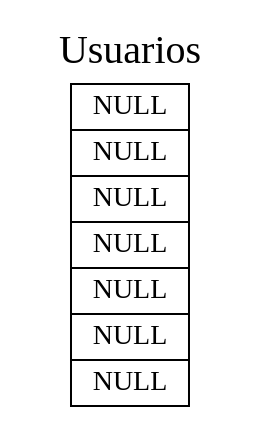
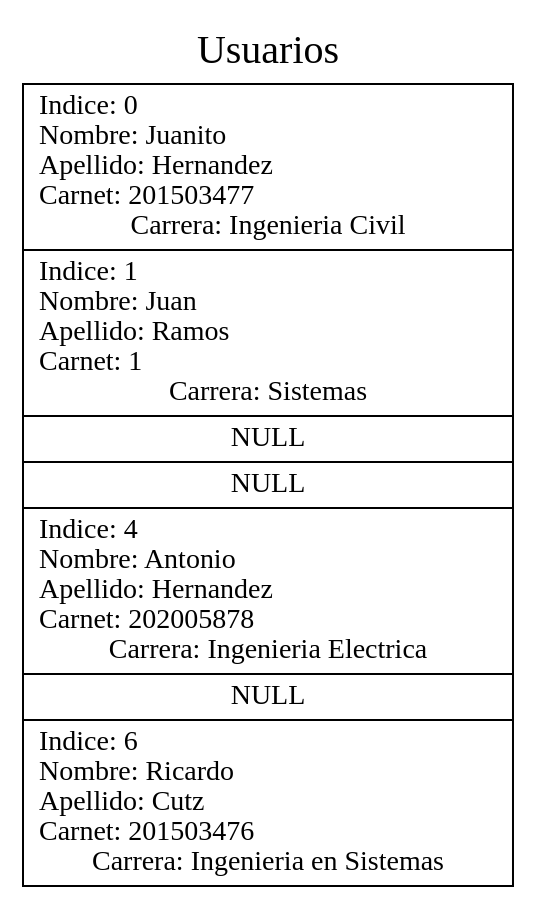
One commit to elJuanjoRamos/EDD_1S2020_PY2_201801262 changed the diagram in EDD_Proyecto2/HashTable.dot. Above: the diagram before and after it, drawn with Graphviz. The commit also changed 164 other files, not shown here.

```diff
--- a/EDD_Proyecto2/HashTable.dot
+++ b/EDD_Proyecto2/HashTable.dot
@@ -1,6 +1,6 @@
 digraph grafica{
 graph[label="Usuarios", labelloc=t, fontsize=20, compound=true];
 rankdir = LR;
 node [shape=record];
-splines=false; hashTable [label="<f0>NULL|<f1>NULL|<f2>NULL|<f3>NULL|<f4>NULL|<f5>NULL|<f6>NULL"];
+splines=false; hashTable [label="<f0> Indice: 0\lNombre: Juanito\lApellido: Hernandez\lCarnet: 201503477\lCarrera: Ingenieria Civil|<f1> Indice: 1\lNombre: Juan\lApellido: Ramos\lCarnet: 1\lCarrera: Sistemas|<f2>NULL|<f3>NULL|<f4> Indice: 4\lNombre: Antonio\lApellido: Hernandez\lCarnet: 202005878\lCarrera: Ingenieria Electrica|<f5>NULL|<f6> Indice: 6\lNombre: Ricardo\lApellido: Cutz\lCarnet: 201503476\lCarrera: Ingenieria en Sistemas"];
 }
```
